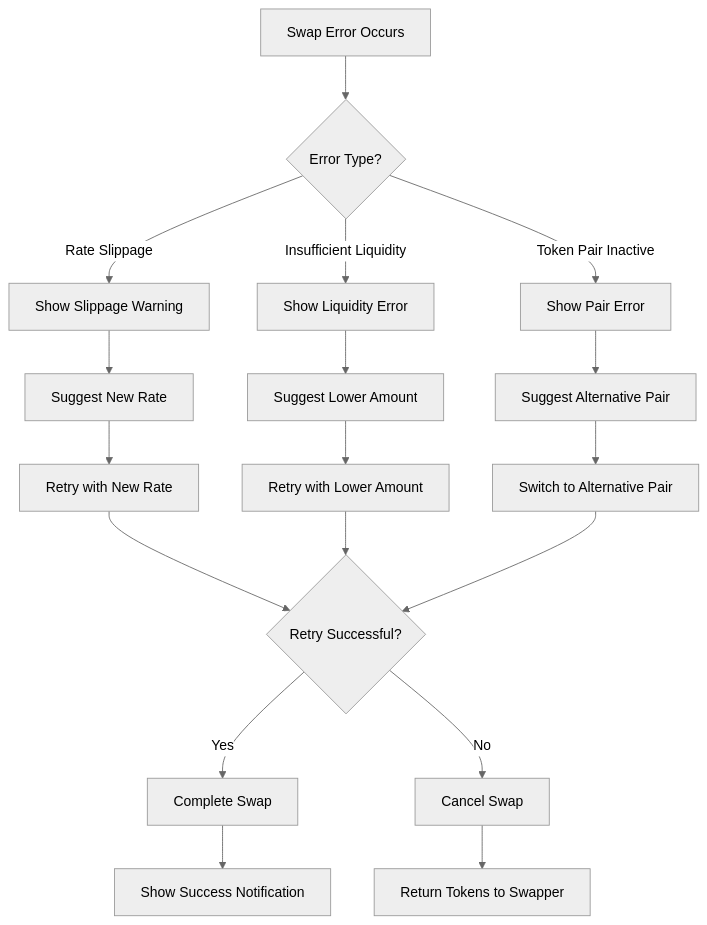
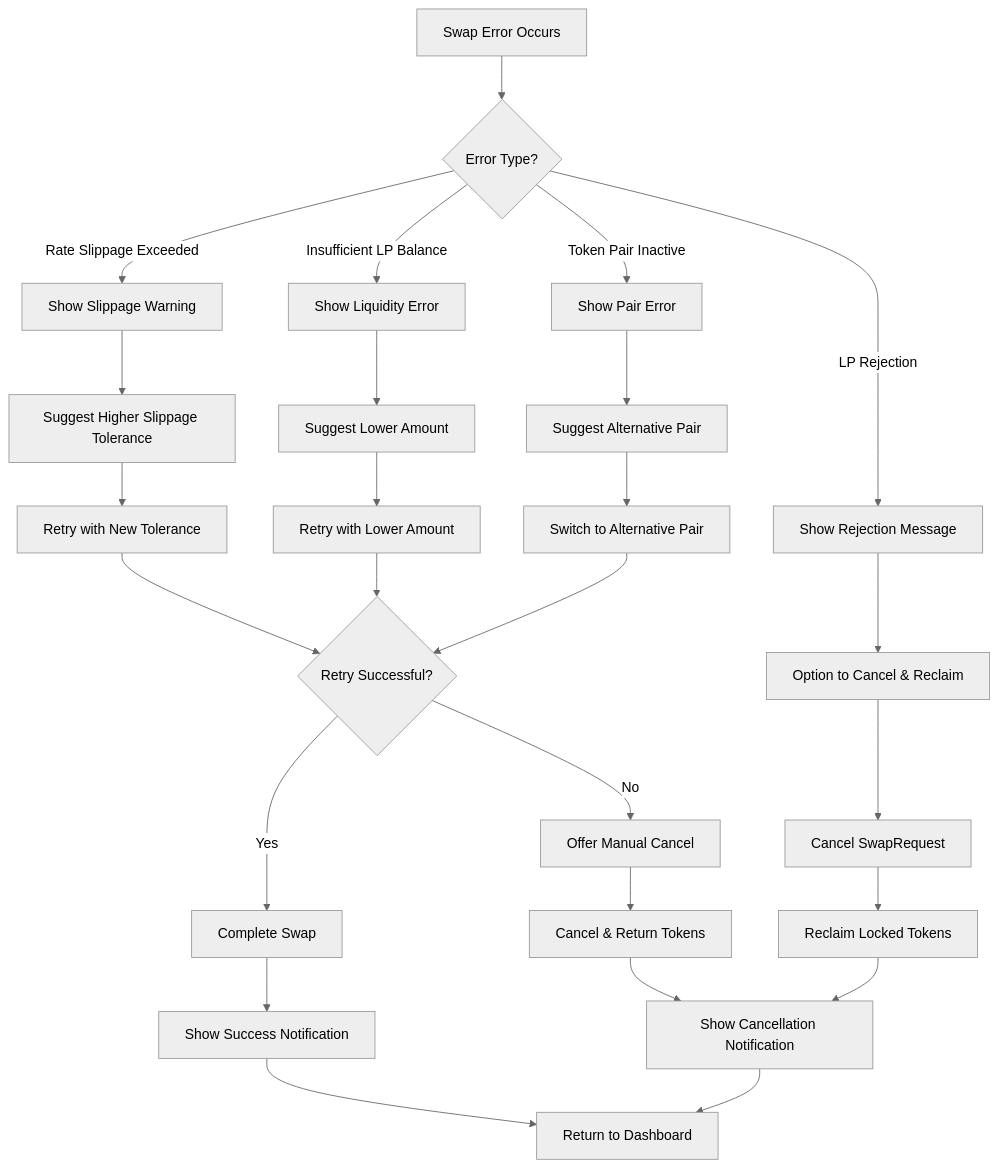
One commit to anhlh2311/daml-exchange changed diagram 16 of 24 in USER_FLOW_CHART.md. Above: the diagram before and after it, drawn with Mermaid (neutral theme). The commit also changed other lines of this file and 3 other files, not shown here.

Commit message:
doc: update Workflow, User stories, User flow chart based on the updated design of Swap

````diff
--- a/USER_FLOW_CHART.md
+++ b/USER_FLOW_CHART.md
@@ -358,20 +373,28 @@
 ```mermaid
 flowchart TD
     A[Swap Error Occurs] --> B{Error Type?}
-    B -->|Rate Slippage| C[Show Slippage Warning]
-    B -->|Insufficient Liquidity| D[Show Liquidity Error]
+    B -->|Rate Slippage Exceeded| C[Show Slippage Warning]
+    B -->|Insufficient LP Balance| D[Show Liquidity Error]
     B -->|Token Pair Inactive| E[Show Pair Error]
-    C --> F[Suggest New Rate]
-    D --> G[Suggest Lower Amount]
-    E --> H[Suggest Alternative Pair]
-    F --> I[Retry with New Rate]
-    G --> J[Retry with Lower Amount]
-    H --> K[Switch to Alternative Pair]
-    I --> L{Retry Successful?}
-    J --> L
-    K --> L
-    L -->|Yes| M[Complete Swap]
-    L -->|No| N[Cancel Swap]
-    M --> O[Show Success Notification]
-    N --> P[Return Tokens to Swapper]
+    B -->|LP Rejection| F[Show Rejection Message]
+    C --> G[Suggest Higher Slippage Tolerance]
+    D --> H[Suggest Lower Amount]
+    E --> I[Suggest Alternative Pair]
+    F --> J[Option to Cancel & Reclaim]
+    G --> K[Retry with New Tolerance]
+    H --> L[Retry with Lower Amount]
+    I --> M[Switch to Alternative Pair]
+    J --> N[Cancel SwapRequest]
+    K --> O{Retry Successful?}
+    L --> O
+    M --> O
+    N --> P[Reclaim Locked Tokens]
+    O -->|Yes| Q[Complete Swap]
+    O -->|No| R[Offer Manual Cancel]
+    Q --> S[Show Success Notification]
+    R --> T[Cancel & Return Tokens]
+    P --> U[Show Cancellation Notification]
+    S --> V[Return to Dashboard]
+    T --> U
+    U --> V
 ```
````
